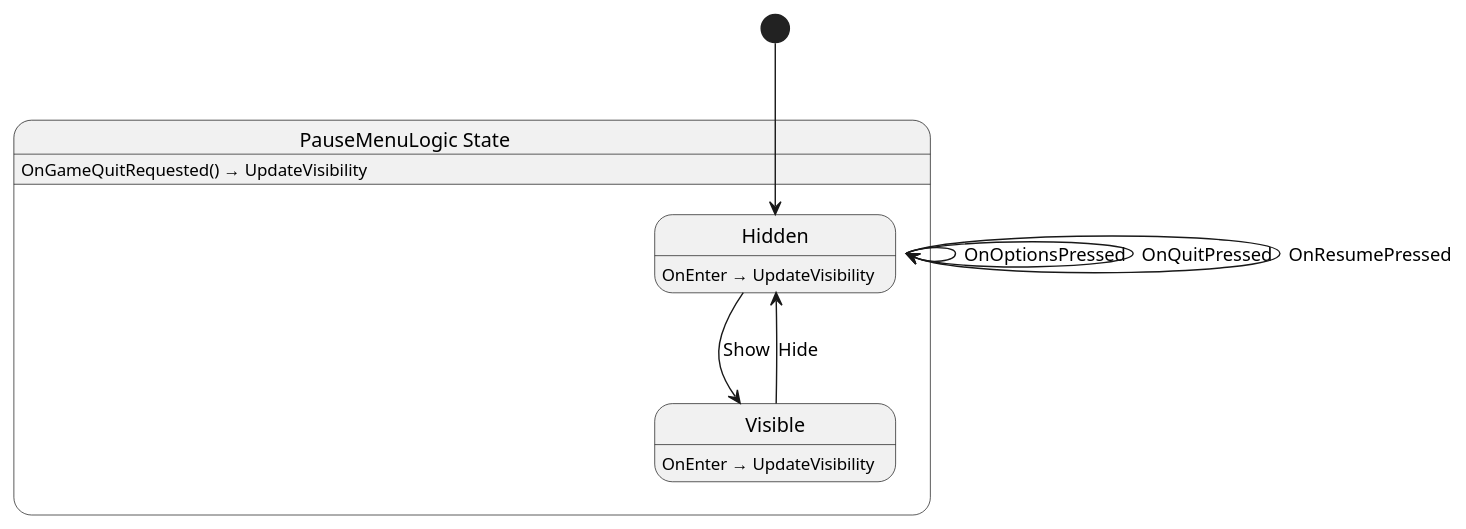
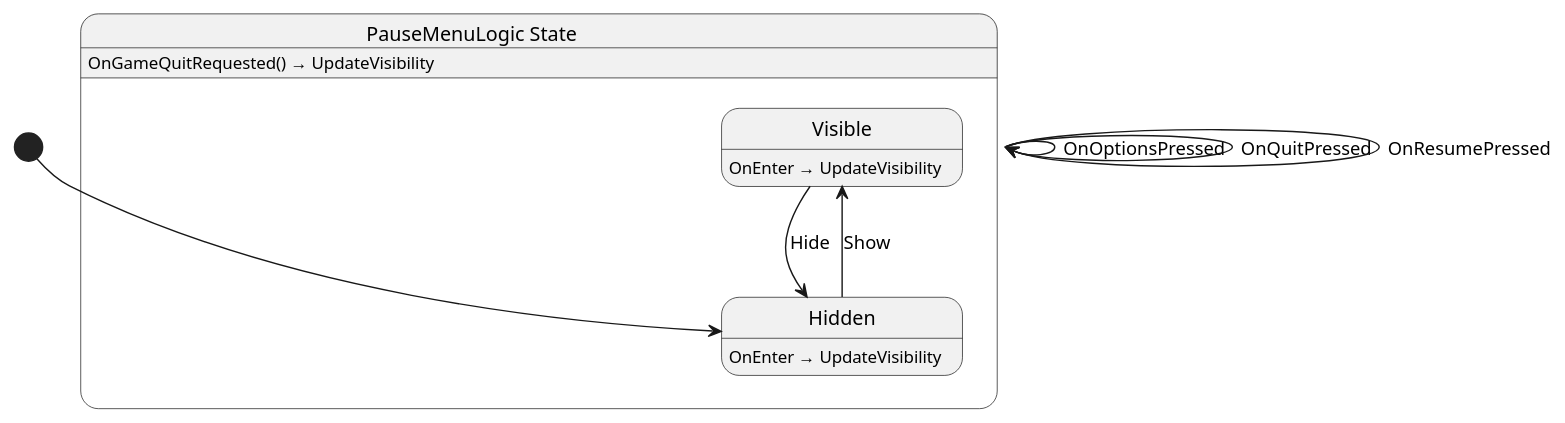
The diagram in Yolk.Logic/PauseMenu/PauseMenuLogic.g.puml (nilsiker/yolk), drawn with PlantUML before and after one commit. The commit also changed other lines of this file and 14 other files, not shown here.

```diff
--- a/Yolk.Logic/PauseMenu/PauseMenuLogic.g.puml
+++ b/Yolk.Logic/PauseMenu/PauseMenuLogic.g.puml
@@ -1,18 +1,18 @@
 @startuml PauseMenuLogic
 state "PauseMenuLogic State" as Yolk_PauseMenuLogic_State {
+  state "Visible" as Yolk_PauseMenuLogic_State_Visible
   state "Hidden" as Yolk_PauseMenuLogic_State_Hidden
-  state "Visible" as Yolk_PauseMenuLogic_State_Visible
 }
 
 Yolk_PauseMenuLogic_State --> Yolk_PauseMenuLogic_State : OnOptionsPressed
 Yolk_PauseMenuLogic_State --> Yolk_PauseMenuLogic_State : OnQuitPressed
 Yolk_PauseMenuLogic_State --> Yolk_PauseMenuLogic_State : OnResumePressed
 Yolk_PauseMenuLogic_State_Hidden --> Yolk_PauseMenuLogic_State_Visible : Show
 Yolk_PauseMenuLogic_State_Visible --> Yolk_PauseMenuLogic_State_Hidden : Hide
 
 Yolk_PauseMenuLogic_State : OnGameQuitRequested() → UpdateVisibility
 Yolk_PauseMenuLogic_State_Hidden : OnEnter → UpdateVisibility
 Yolk_PauseMenuLogic_State_Visible : OnEnter → UpdateVisibility
 
 [*] --> Yolk_PauseMenuLogic_State_Hidden
 @enduml
```
